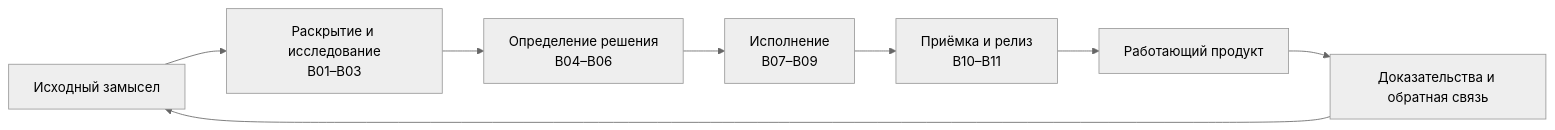
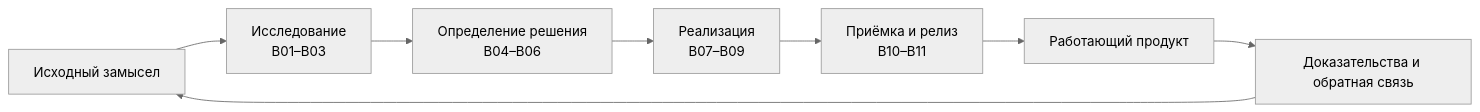
One commit to sergekostenchuk/taskplan-pro-operation-map changed the second of 2 diagrams in README.ru.md. Above: the diagram before and after it, drawn with Mermaid (neutral theme). The commit also changed other lines of this file, not shown here.

````diff
--- a/README.ru.md
+++ b/README.ru.md
@@ -20,10 +52,10 @@
 ```mermaid
 flowchart LR
-    I["Исходный замысел"] --> D["Раскрытие и исследование<br/>B01–B03"]
+    I["Исходный замысел"] --> D["Исследование<br/>B01–B03"]
     D --> F["Определение решения<br/>B04–B06"]
-    F --> E["Исполнение<br/>B07–B09"]
+    F --> E["Реализация<br/>B07–B09"]
     E --> A["Приёмка и релиз<br/>B10–B11"]
     A --> P["Работающий продукт"]
     P --> L["Доказательства и обратная связь"]
     L --> I
 ```
````
